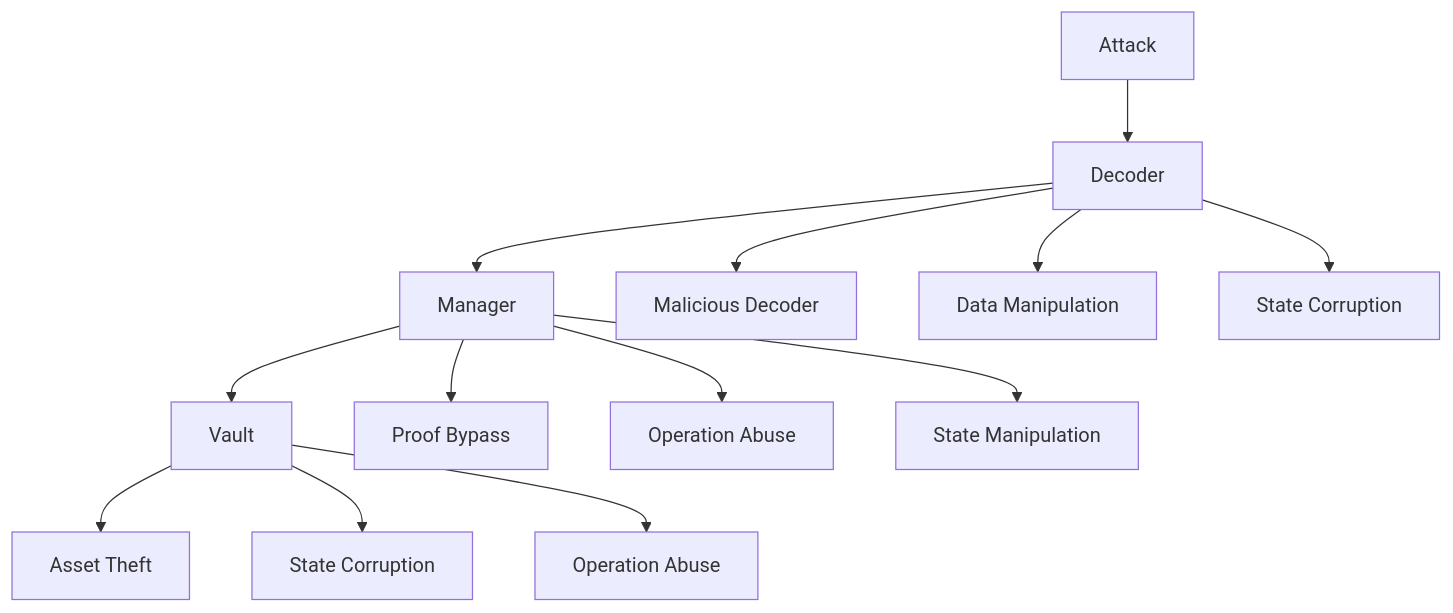
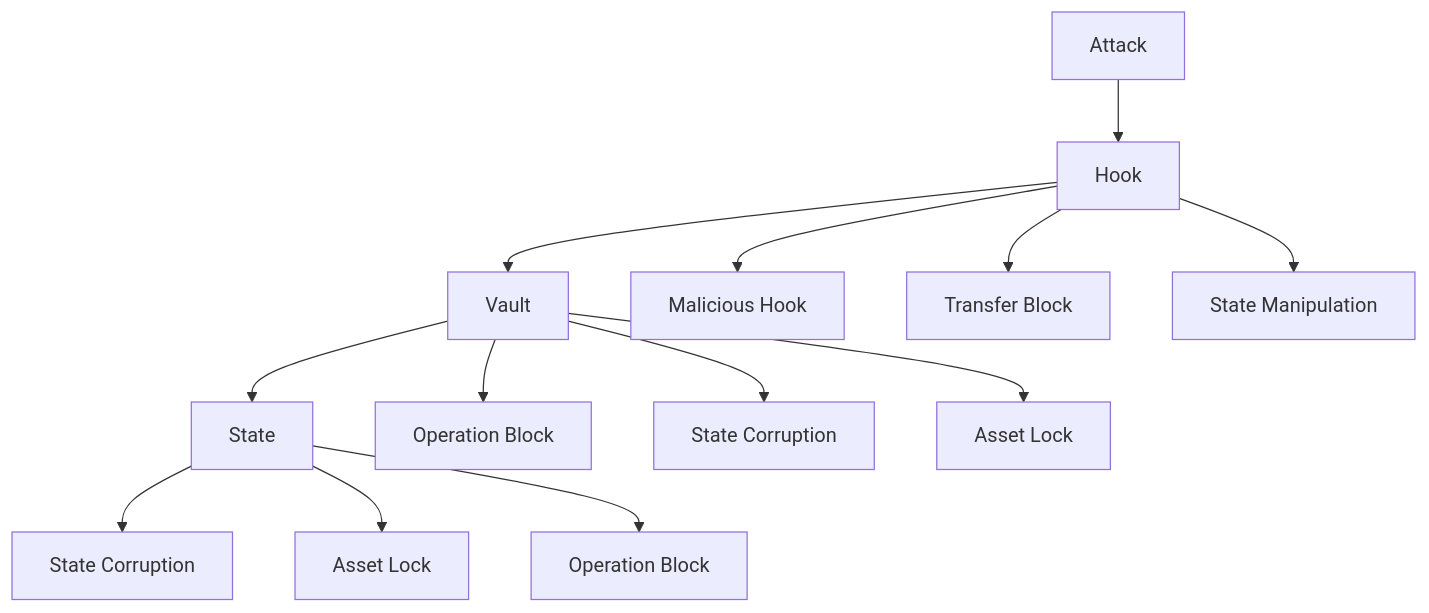
Diagram 25 of 26 in security.md (Merlinchain-io/boring-vault), drawn with Mermaid before and after one commit. The commit also changed other lines of this file, not shown here.

````diff
--- a/security.md
+++ b/security.md
@@ -1538,18 +1555,18 @@
    ```mermaid
    graph TD
-       A[Attack] --> B[Decoder]
-       B --> C[Manager]
-       C --> D[Vault]
+       A[Attack] --> B[Hook]
+       B --> C[Vault]
+       C --> D[State]
        
-       B --> B1[Malicious Decoder]
-       B --> B2[Data Manipulation]
-       B --> B3[State Corruption]
+       B --> B1[Malicious Hook]
+       B --> B2[Transfer Block]
+       B --> B3[State Manipulation]
        
-       C --> C1[Proof Bypass]
-       C --> C2[Operation Abuse]
-       C --> C3[State Manipulation]
+       C --> C1[Operation Block]
+       C --> C2[State Corruption]
+       C --> C3[Asset Lock]
        
-       D --> D1[Asset Theft]
-       D --> D2[State Corruption]
-       D --> D3[Operation Abuse]
+       D --> D1[State Corruption]
+       D --> D2[Asset Lock]
+       D --> D3[Operation Block]
    ```
````
